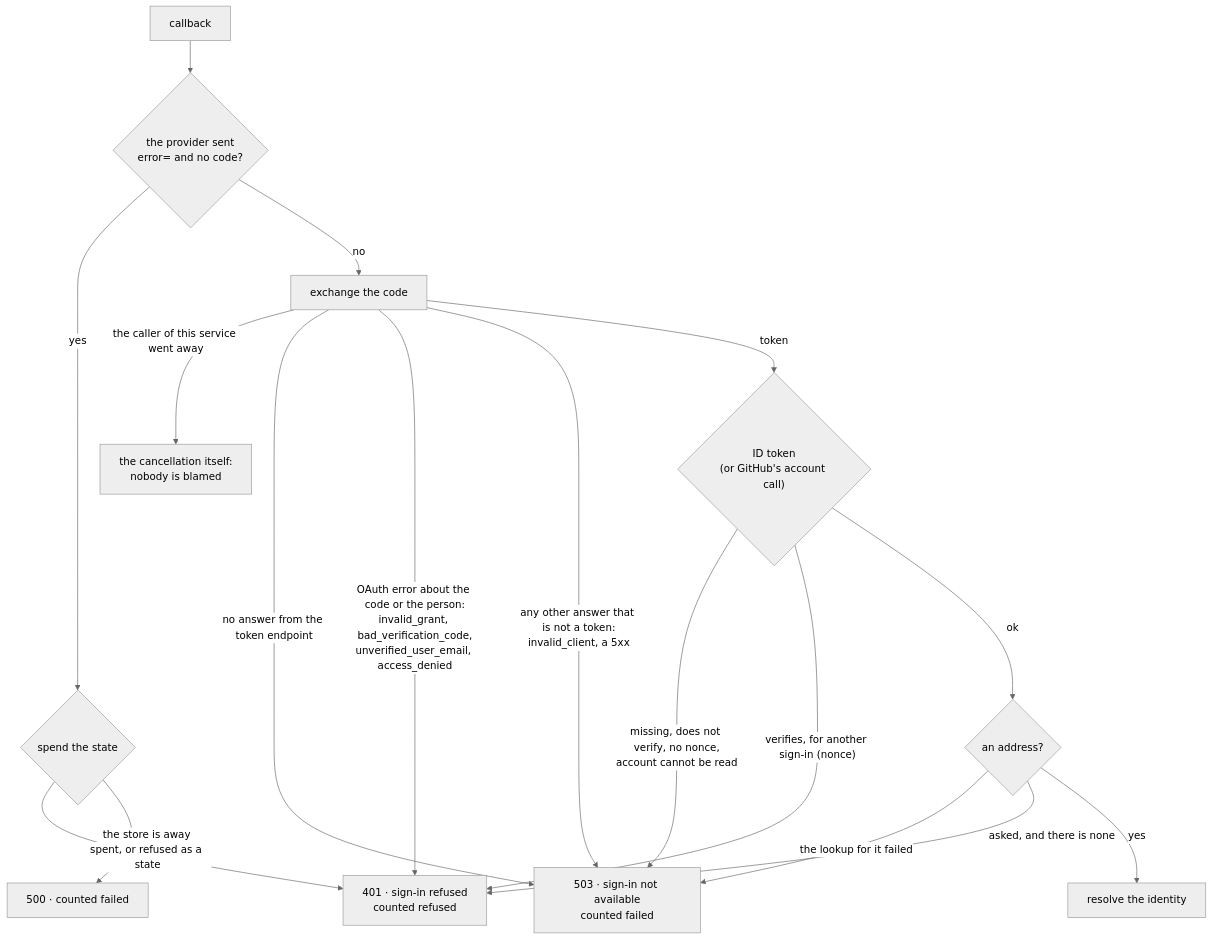
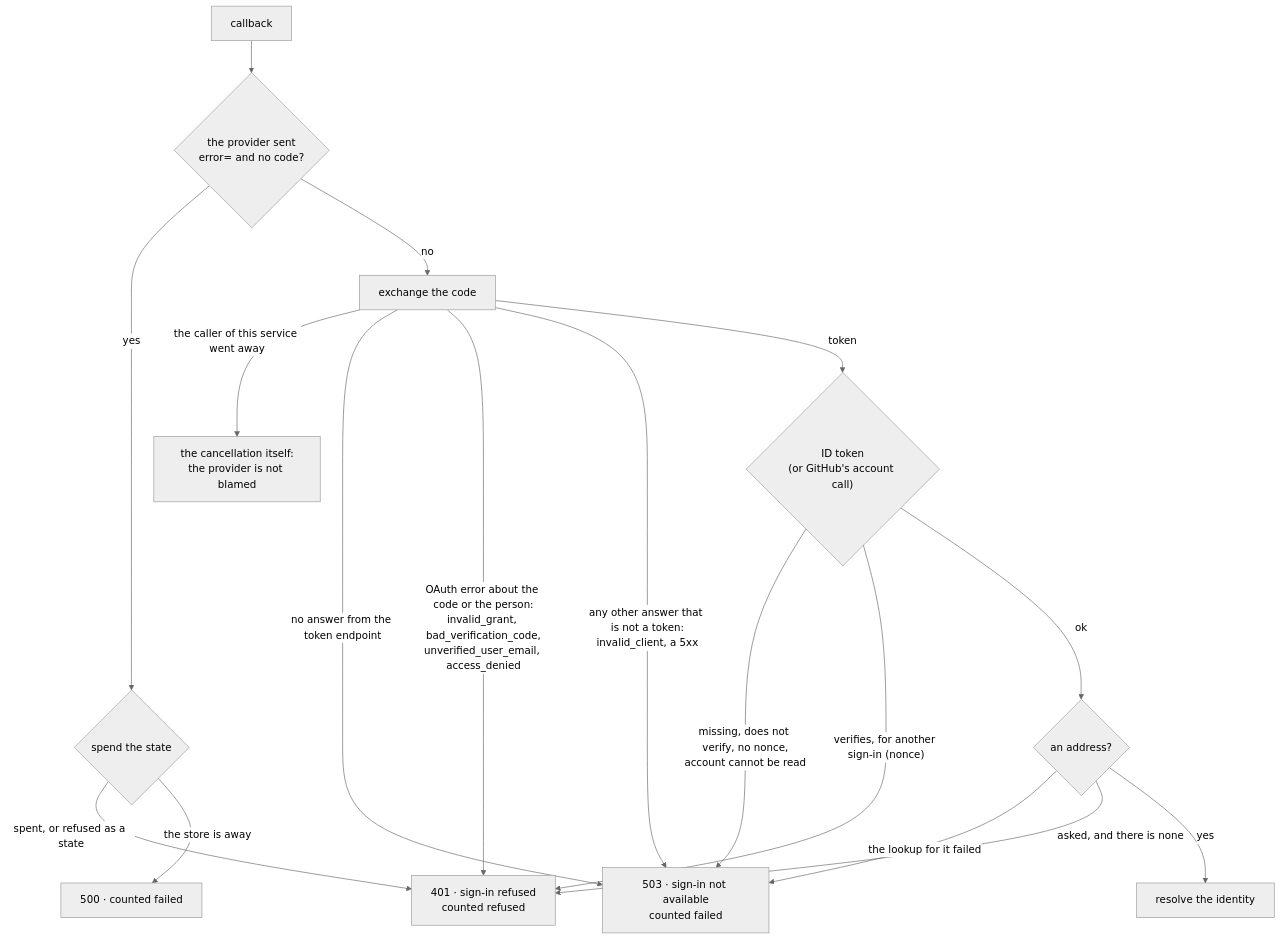
Before and after one commit to p2p-b2b/go-rest-api-service-template: the fifth of 10 diagrams in docs/architecture/identity-providers.md, drawn with Mermaid (neutral theme). The commit also changed other lines of this file and 3 other files, not shown here.

````diff
--- a/docs/architecture/identity-providers.md
+++ b/docs/architecture/identity-providers.md
@@ -285,19 +285,19 @@
 ```mermaid
 flowchart TD
     CB[callback] --> ERR{"the provider sent<br/>error= and no code?"}
     ERR -- yes --> SP{"spend the state"}
     SP -- "spent, or refused as a state" --> R401["401 · sign-in refused<br/>counted refused"]
     SP -- "the store is away" --> F500["500 · counted failed"]
     ERR -- no --> EX[exchange the code]
-    EX -- "the caller of this service went away" --> GONE["the cancellation itself:<br/>nobody is blamed"]
+    EX -- "the caller of this service went away" --> GONE["the cancellation itself:<br/>the provider is not blamed"]
     EX -- "no answer from the token endpoint" --> U503["503 · sign-in not available<br/>counted failed"]
     EX -- "OAuth error about the code or the person:<br/>invalid_grant, bad_verification_code,<br/>unverified_user_email, access_denied" --> R401
     EX -- "any other answer that is not a token:<br/>invalid_client, a 5xx" --> U503
     EX -- token --> ID{"ID token<br/>(or GitHub's account call)"}
     ID -- "missing, does not verify, no nonce,<br/>account cannot be read" --> U503
     ID -- "verifies, for another sign-in (nonce)" --> R401
     ID -- ok --> AD{"an address?"}
     AD -- "the lookup for it failed" --> U503
     AD -- "asked, and there is none" --> R401
     AD -- yes --> RES[resolve the identity]
 ```
````
